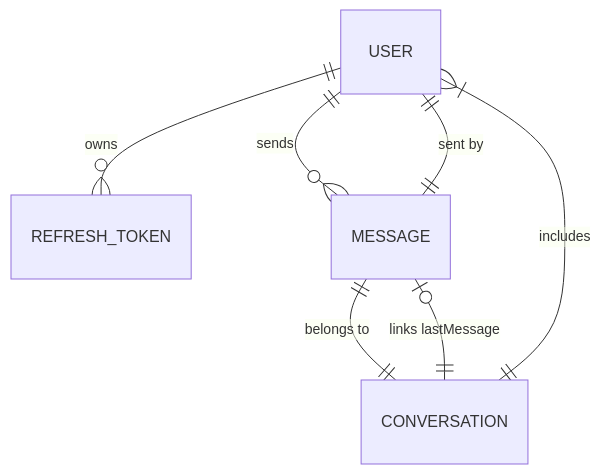
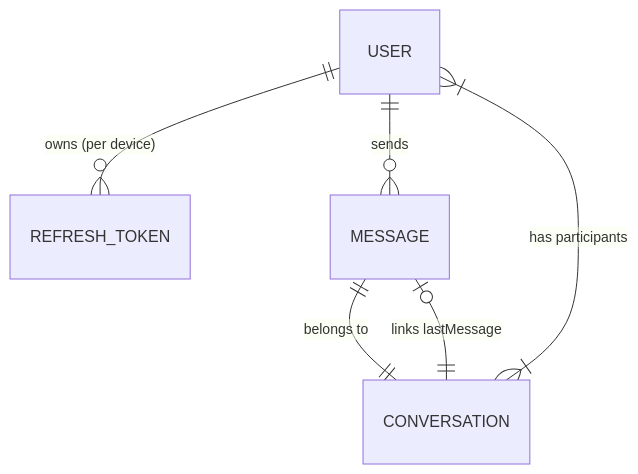
The fourth of 4 diagrams in README.md (abhirawat03/Rynqor-chat-app), drawn with Mermaid before and after one commit. The commit also changed other lines of this file, not shown here.

````diff
--- a/README.md
+++ b/README.md
@@ -128,9 +186,8 @@
 ```mermaid
 erDiagram
-    USER ||--o{ REFRESH_TOKEN : owns
+    USER ||--o{ REFRESH_TOKEN : "owns (per device)"
     USER ||--o{ MESSAGE : sends
-    CONVERSATION ||--|{ USER : includes
+    CONVERSATION }|--|{ USER : "has participants"
     CONVERSATION ||--o| MESSAGE : "links lastMessage"
-    MESSAGE ||--|| USER : "sent by"
     MESSAGE ||--|| CONVERSATION : "belongs to"
 ```
````
